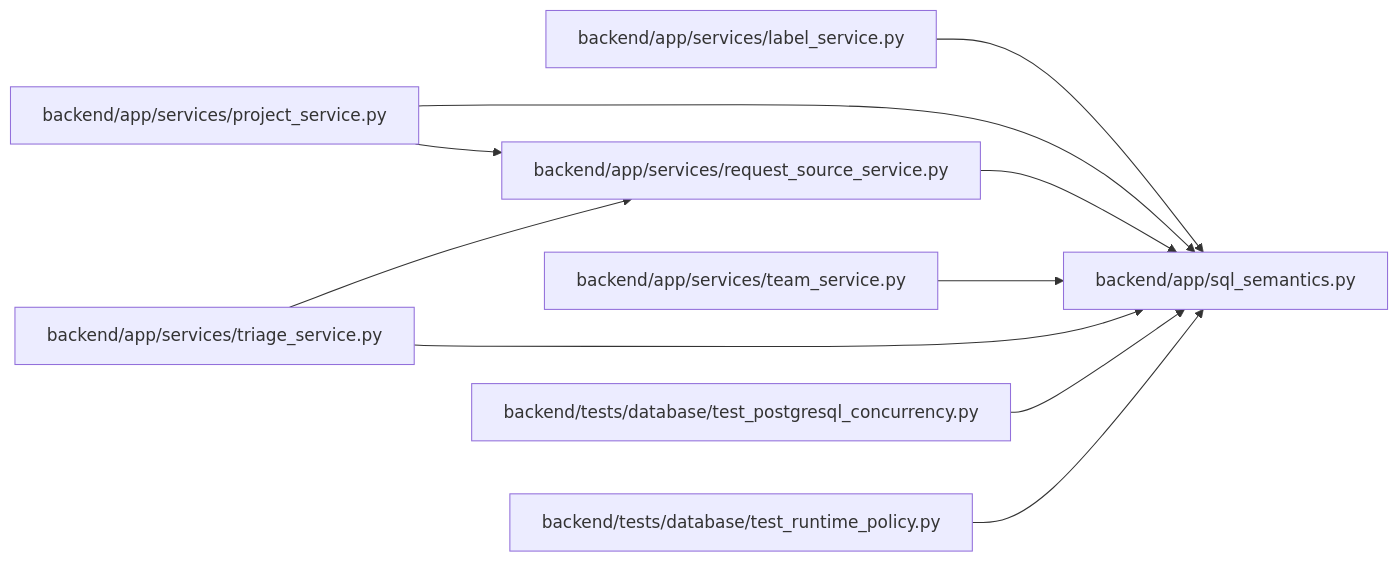
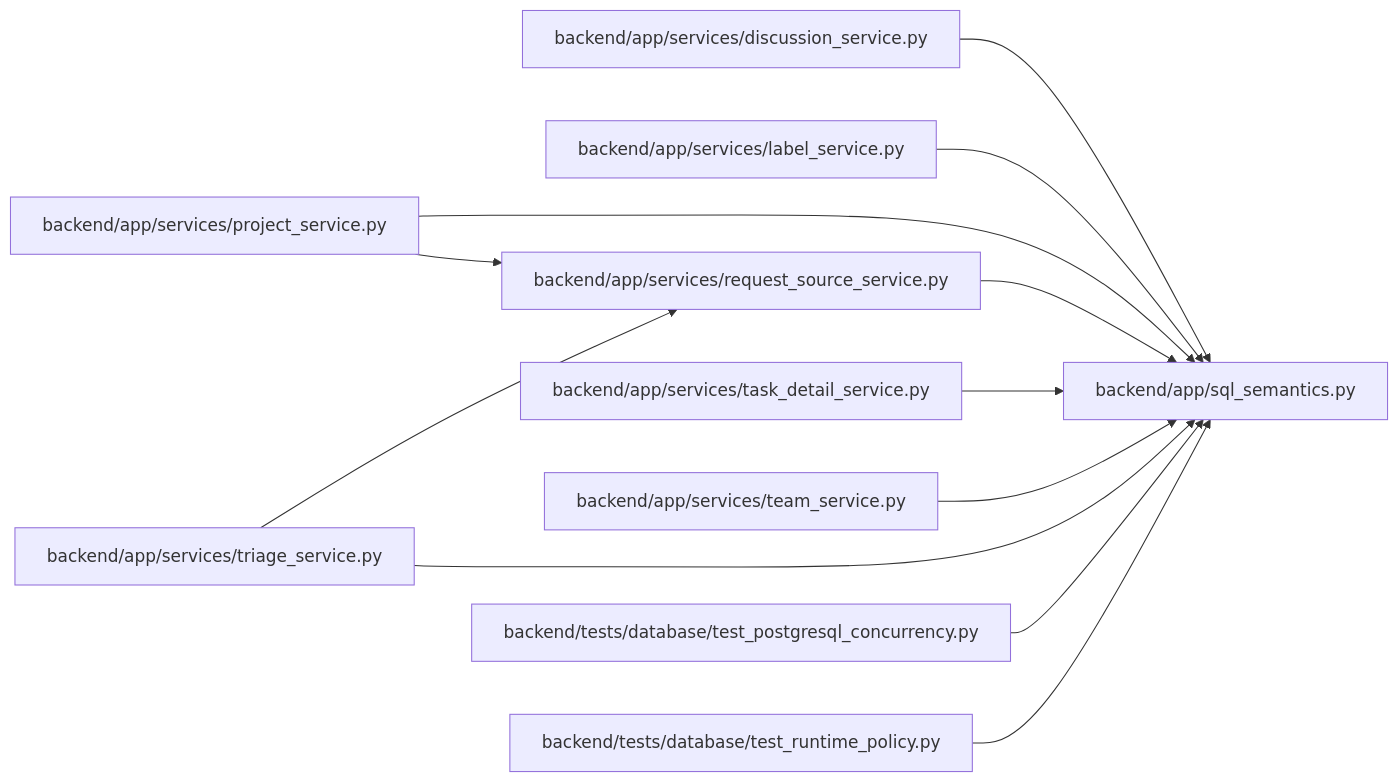
The diagram in docs/llm_wiki/modules/sql_semantics.md (Denissvgn/WorkChord), drawn with Mermaid before and after one commit. The commit also changed other lines of this file and 25171 other files, not shown here.

````diff
--- a/docs/llm_wiki/modules/sql_semantics.md
+++ b/docs/llm_wiki/modules/sql_semantics.md
@@ -21,28 +21,34 @@
 ```mermaid
 flowchart LR
-    n0["backend/app/services/label_service.py"]
-    n1["backend/app/services/project_service.py"]
-    n2["backend/app/services/request_source_service.py"]
-    n3["backend/app/services/team_service.py"]
-    n4["backend/app/services/triage_service.py"]
-    n5["backend/app/sql_semantics.py"]
-    n6["backend/tests/database/test_postgresql_concurrency.py"]
-    n7["backend/tests/database/test_runtime_policy.py"]
-    n0 --> n5
-    n1 --> n2
-    n1 --> n5
-    n2 --> n5
-    n3 --> n5
-    n4 --> n2
-    n4 --> n5
-    n6 --> n5
-    n7 --> n5
-    click n0 "../modules/label_service.md"
-    click n1 "../modules/project_service.md"
-    click n2 "../modules/request_source_service.md"
-    click n3 "../modules/team_service.md"
-    click n4 "../modules/triage_service.md"
-    click n5 "../modules/sql_semantics.md"
-    click n6 "../modules/test_postgresql_concurrency.md"
-    click n7 "../modules/test_runtime_policy.md"
+    n0["backend/app/services/discussion_service.py"]
+    n1["backend/app/services/label_service.py"]
+    n2["backend/app/services/project_service.py"]
+    n3["backend/app/services/request_source_service.py"]
+    n4["backend/app/services/task_detail_service.py"]
+    n5["backend/app/services/team_service.py"]
+    n6["backend/app/services/triage_service.py"]
+    n7["backend/app/sql_semantics.py"]
+    n8["backend/tests/database/test_postgresql_concurrency.py"]
+    n9["backend/tests/database/test_runtime_policy.py"]
+    n0 --> n7
+    n1 --> n7
+    n2 --> n3
+    n2 --> n7
+    n3 --> n7
+    n4 --> n7
+    n5 --> n7
+    n6 --> n3
+    n6 --> n7
+    n8 --> n7
+    n9 --> n7
+    click n0 "../modules/discussion_service.md"
+    click n1 "../modules/label_service.md"
+    click n2 "../modules/project_service.md"
+    click n3 "../modules/request_source_service.md"
+    click n4 "../modules/task_detail_service.md"
+    click n5 "../modules/team_service.md"
+    click n6 "../modules/triage_service.md"
+    click n7 "../modules/sql_semantics.md"
+    click n8 "../modules/test_postgresql_concurrency.md"
+    click n9 "../modules/test_runtime_policy.md"
 ```
````
